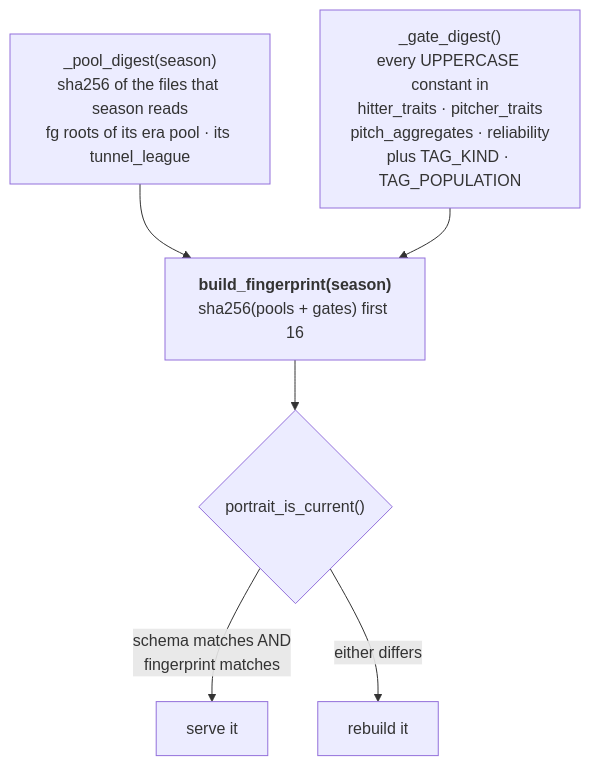
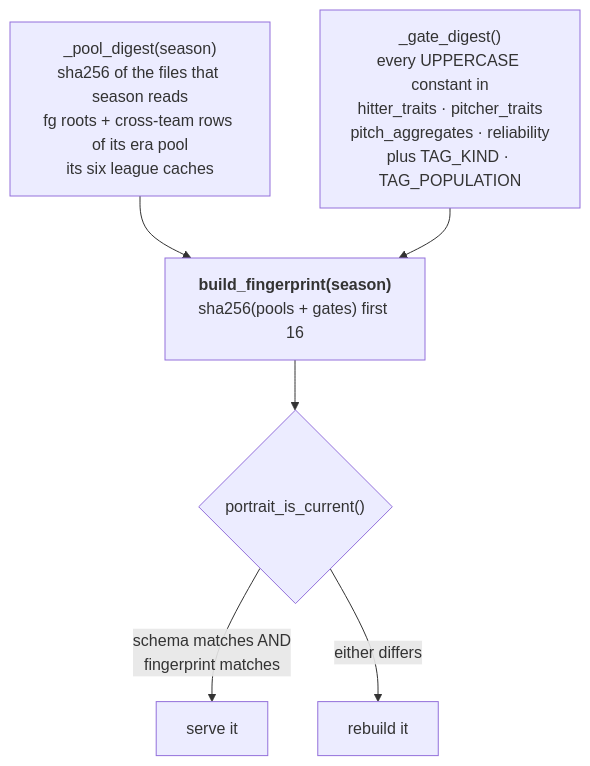
One commit to SebastianAbarca/baseball-analytics changed the third of 7 diagrams in docs/ARCHITECTURE.md. Above: the diagram before and after it, drawn with Mermaid. The commit also changed other lines of this file and 6 other files, not shown here.

````diff
--- a/docs/ARCHITECTURE.md
+++ b/docs/ARCHITECTURE.md
@@ -109,15 +109,15 @@
 ```mermaid
 flowchart TD
-    P1["_pool_digest(season)<br/>sha256 of the files that season reads<br/>fg roots of its era pool · its tunnel_league"]
+    P1["_pool_digest(season)<br/>sha256 of the files that season reads<br/>fg roots + cross-team rows of its era pool<br/>its six league caches"]
     P2["_gate_digest()<br/>every UPPERCASE constant in<br/>hitter_traits · pitcher_traits<br/>pitch_aggregates · reliability<br/>plus TAG_KIND · TAG_POPULATION"]
     FP["<b>build_fingerprint(season)</b><br/>sha256(pools + gates) first 16"]
     Q{"portrait_is_current()"}
     SERVE["serve it"]
     BUILD["rebuild it"]
 
     P1 --> FP
     P2 --> FP
     FP --> Q
     Q -->|"schema matches AND<br/>fingerprint matches"| SERVE
     Q -->|"either differs"| BUILD
 ```
````
